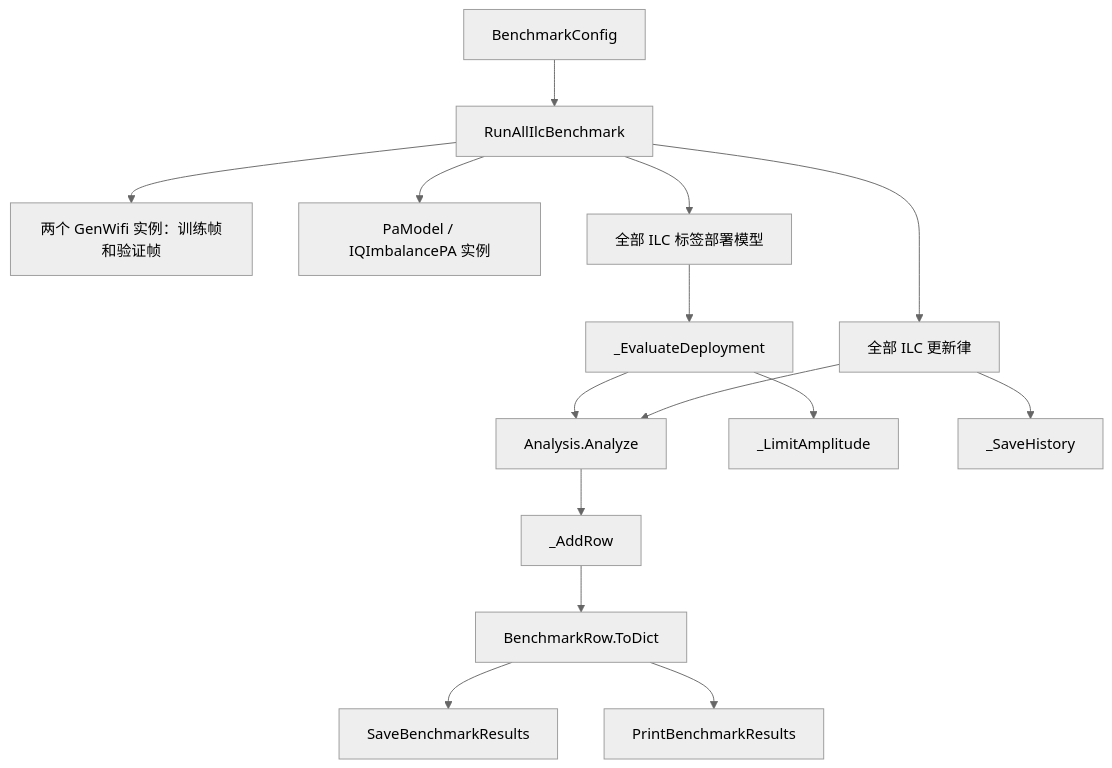
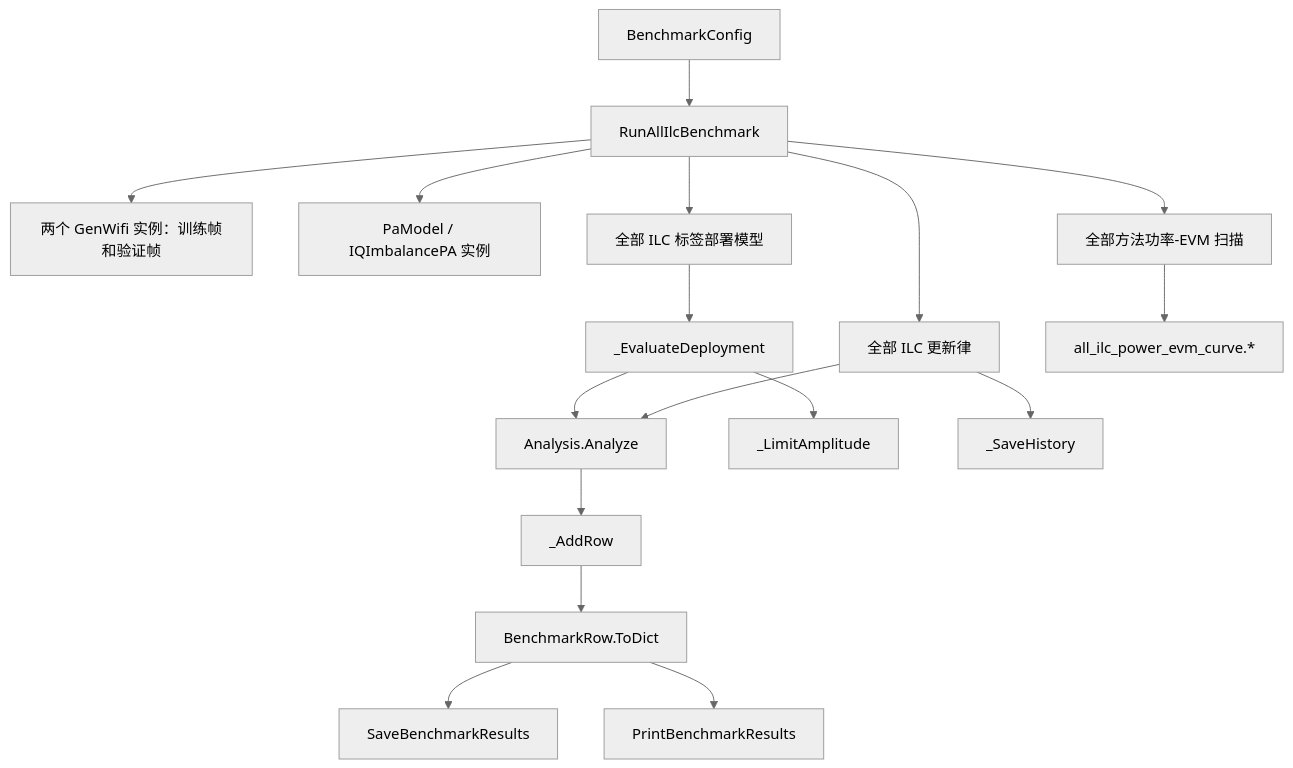
One commit to niyilu45/DPD_ILC changed the eighth of 9 diagrams in README.md. Above: the diagram before and after it, drawn with Mermaid (neutral theme). The commit also changed other lines of this file and 6 other files, not shown here.

Commit message:
Add multi-method power-EVM curves

````diff
--- a/README.md
+++ b/README.md
@@ -281,19 +297,21 @@
 ```mermaid
 flowchart TD
     config["BenchmarkConfig"] --> run["RunAllIlcBenchmark"]
     run --> waveform["两个 GenWifi 实例：训练帧和验证帧"]
     run --> pa["PaModel / IQImbalancePA 实例"]
     run --> ilc["全部 ILC 更新律"]
     run --> deploy["全部 ILC 标签部署模型"]
+    run --> powerSweep["全部方法功率-EVM 扫描"]
 
     ilc --> evaluate["Analysis.Analyze"]
     deploy --> deploymentEval["_EvaluateDeployment"]
     deploymentEval --> limit["_LimitAmplitude"]
     deploymentEval --> evaluate
 
     evaluate --> addRow["_AddRow"]
     addRow --> row["BenchmarkRow.ToDict"]
     ilc --> history["_SaveHistory"]
     row --> save["SaveBenchmarkResults"]
     row --> print["PrintBenchmarkResults"]
+    powerSweep --> curve["all_ilc_power_evm_curve.*"]
 ```
````
